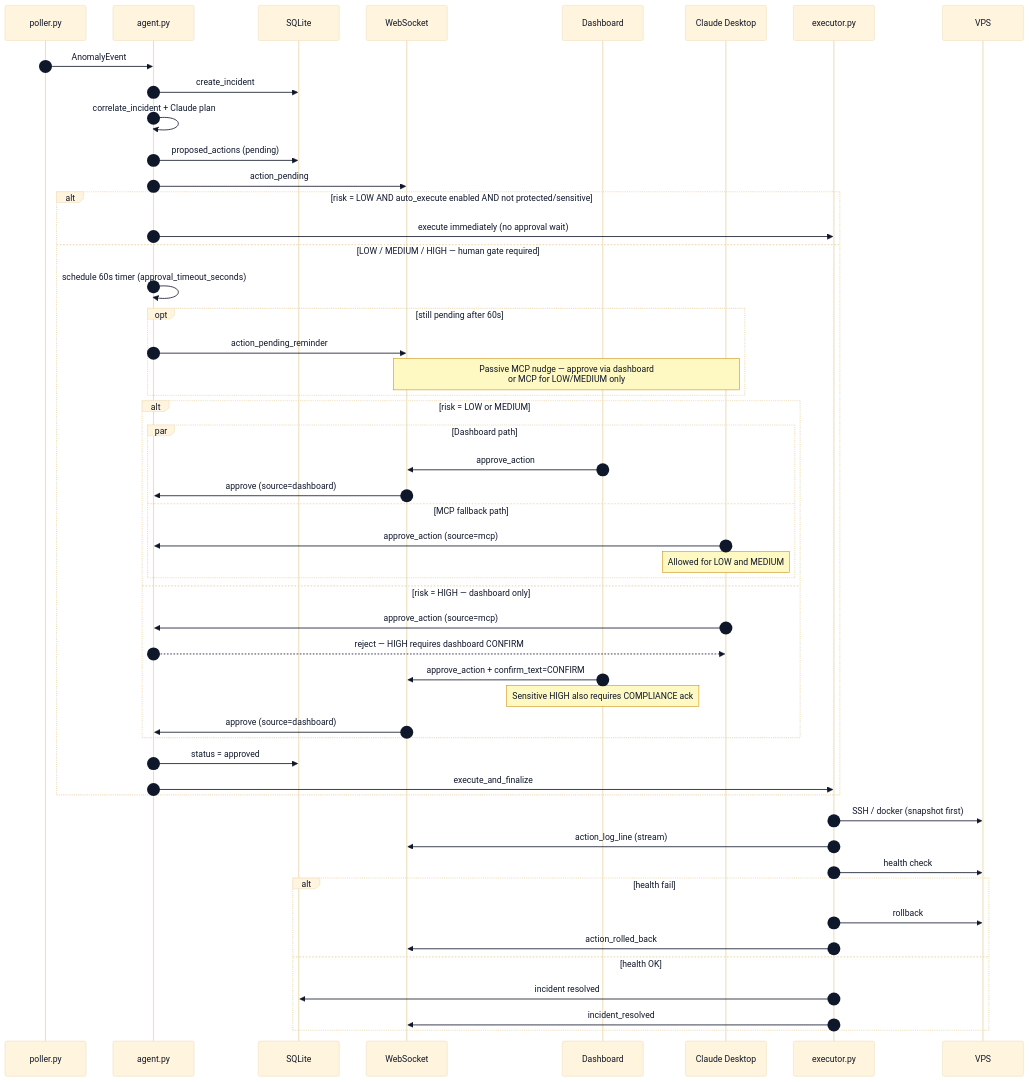
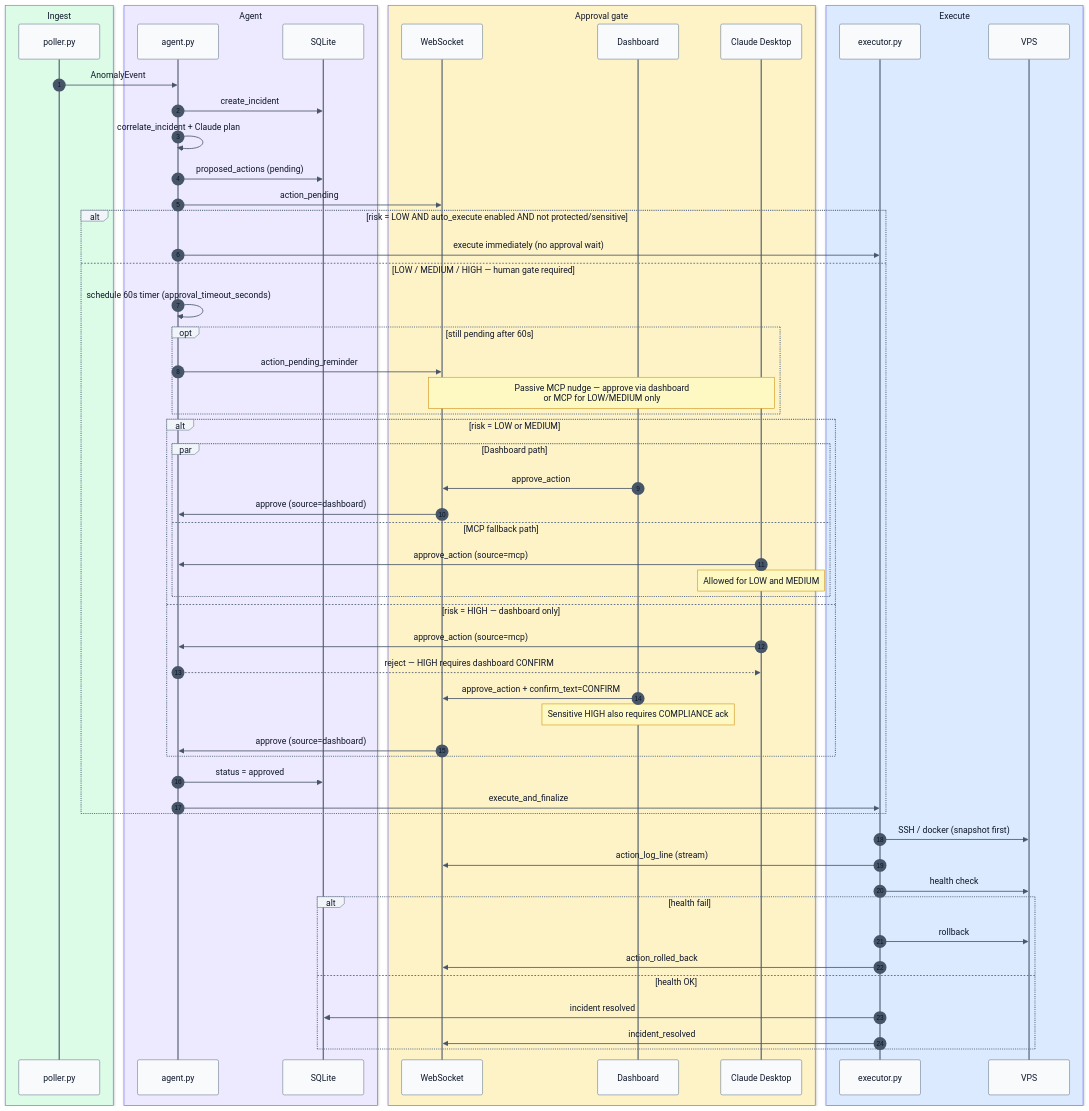
One commit to NevilPatel01/devops-mcp changed the ninth of 12 diagrams in README.md. Above: the diagram before and after it, drawn with Mermaid. The commit also changed 5 other files, not shown here.

````diff
--- a/README.md
+++ b/README.md
@@ -543,60 +543,72 @@
 ```mermaid
-%%{init: {'theme':'base', 'themeVariables': {'primaryTextColor':'#0f172a','actorTextColor':'#0f172a','signalTextColor':'#0f172a','labelTextColor':'#0f172a','loopTextColor':'#0f172a','noteTextColor':'#0f172a','noteBkgColor':'#fef9c3','noteBorderColor':'#ca8a04','activationBorderColor':'#475569','activationBkgColor':'#e2e8f0','sequenceNumberColor':'#0f172a'}}}%%
+%%{init: {'theme':'base', 'themeVariables': {'primaryTextColor':'#0f172a','primaryColor':'#e0e7ff','primaryBorderColor':'#6366f1','secondaryColor':'#f8fafc','tertiaryColor':'#ffffff','lineColor':'#475569','textColor':'#0f172a','actorBkg':'#f8fafc','actorBorder':'#64748b','actorTextColor':'#0f172a','actorLineColor':'#475569','signalColor':'#475569','signalTextColor':'#0f172a','labelBoxBkgColor':'#f1f5f9','labelBoxBorderColor':'#64748b','labelTextColor':'#0f172a','loopTextColor':'#0f172a','noteBkgColor':'#fef9c3','noteBorderColor':'#ca8a04','noteTextColor':'#0f172a','activationBorderColor':'#475569','activationBkgColor':'#e2e8f0','sequenceNumberColor':'#0f172a'}}}%%
 sequenceDiagram
   autonumber
-  participant P as poller.py
-  participant A as agent.py
-  participant DB as SQLite
-  participant WS as WebSocket
-  participant UI as Dashboard
-  participant MCP as Claude Desktop
-  participant E as executor.py
-  participant VPS as VPS
+
+  box rgb(220,252,231) Ingest
+    participant P as poller.py
+  end
+
+  box rgb(237,233,254) Agent
+    participant A as agent.py
+    participant DB as SQLite
+  end
+
+  box rgb(254,243,199) Approval gate
+    participant WS as WebSocket
+    participant UI as Dashboard
+    participant MCP as Claude Desktop
+  end
+
+  box rgb(219,234,254) Execute
+    participant E as executor.py
+    participant VPS as VPS
+  end
 
   P->>A: AnomalyEvent
   A->>DB: create_incident
   A->>A: correlate_incident + Claude plan
   A->>DB: proposed_actions (pending)
   A->>WS: action_pending
 
   alt risk = LOW AND auto_execute enabled AND not protected/sensitive
     A->>E: execute immediately (no approval wait)
   else LOW / MEDIUM / HIGH — human gate required
     A->>A: schedule 60s timer (approval_timeout_seconds)
 
     opt still pending after 60s
       A->>WS: action_pending_reminder
       Note over WS,MCP: Passive MCP nudge — approve via dashboard<br/>or MCP for LOW/MEDIUM only
     end
 
     alt risk = LOW or MEDIUM
       par Dashboard path
         UI->>WS: approve_action
         WS->>A: approve (source=dashboard)
       and MCP fallback path
         MCP->>A: approve_action (source=mcp)
         Note over MCP: Allowed for LOW and MEDIUM
       end
     else risk = HIGH — dashboard only
       MCP->>A: approve_action (source=mcp)
       A-->>MCP: reject — HIGH requires dashboard CONFIRM
       UI->>WS: approve_action + confirm_text=CONFIRM
       Note over UI: Sensitive HIGH also requires COMPLIANCE ack
       WS->>A: approve (source=dashboard)
     end
 
     A->>DB: status = approved
     A->>E: execute_and_finalize
   end
 
   E->>VPS: SSH / docker (snapshot first)
   E->>WS: action_log_line (stream)
   E->>VPS: health check
   alt health fail
     E->>VPS: rollback
     E->>WS: action_rolled_back
   else health OK
     E->>DB: incident resolved
     E->>WS: incident_resolved
   end
 ```
````
